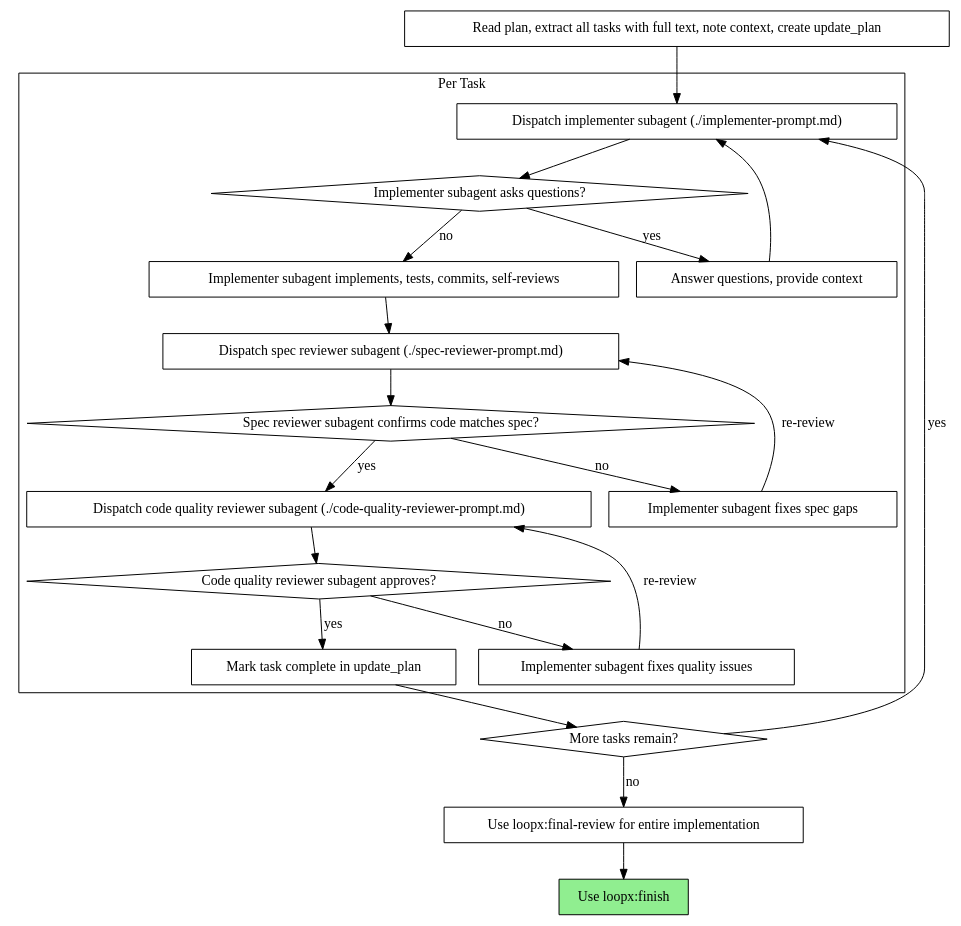
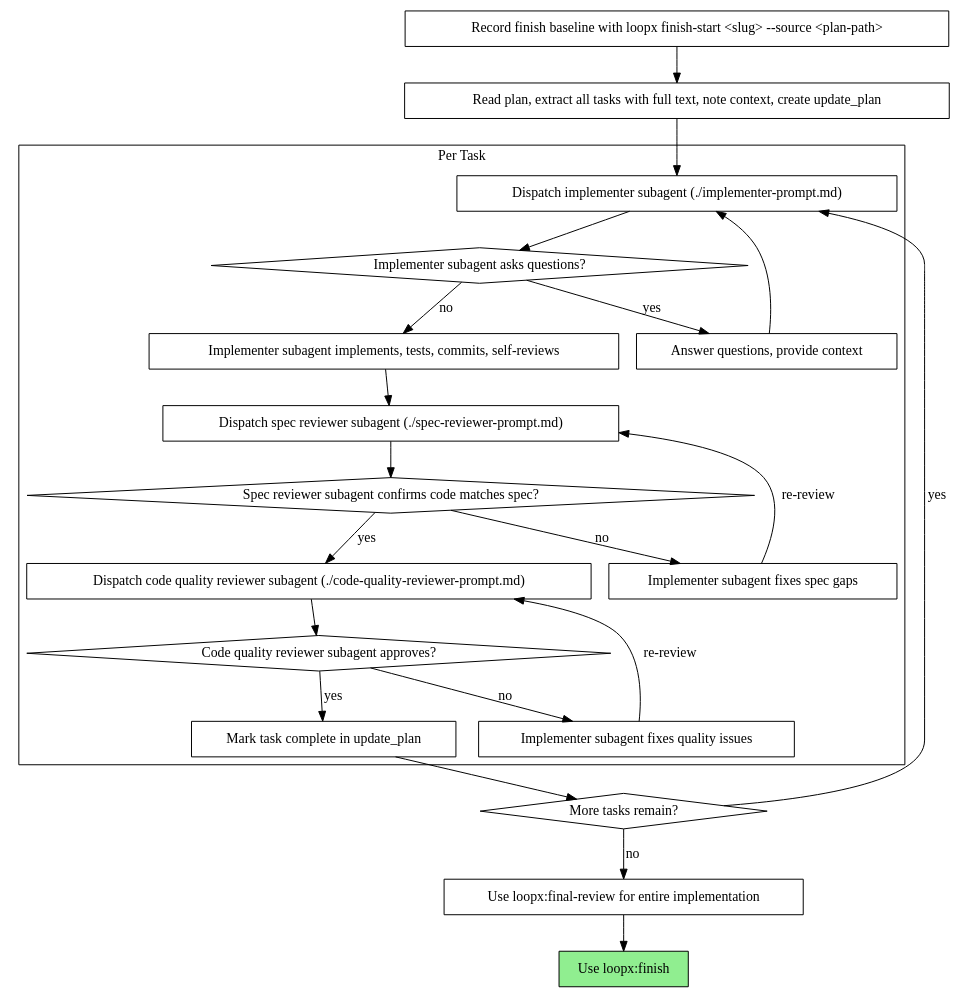
Before and after one commit to hugh-zhan9/loopx: the second of 2 diagrams in skills/subagent-exec/SKILL.md, drawn with Graphviz. The commit also changed other lines of this file and 6 other files, not shown here.

````diff
--- a/skills/subagent-exec/SKILL.md
+++ b/skills/subagent-exec/SKILL.md
@@ -47,44 +47,46 @@
 ```dot
 digraph process {
     rankdir=TB;
 
     subgraph cluster_per_task {
         label="Per Task";
         "Dispatch implementer subagent (./implementer-prompt.md)" [shape=box];
         "Implementer subagent asks questions?" [shape=diamond];
         "Answer questions, provide context" [shape=box];
         "Implementer subagent implements, tests, commits, self-reviews" [shape=box];
         "Dispatch spec reviewer subagent (./spec-reviewer-prompt.md)" [shape=box];
         "Spec reviewer subagent confirms code matches spec?" [shape=diamond];
         "Implementer subagent fixes spec gaps" [shape=box];
         "Dispatch code quality reviewer subagent (./code-quality-reviewer-prompt.md)" [shape=box];
         "Code quality reviewer subagent approves?" [shape=diamond];
         "Implementer subagent fixes quality issues" [shape=box];
         "Mark task complete in update_plan" [shape=box];
     }
 
+    "Record finish baseline with loopx finish-start <slug> --source <plan-path>" [shape=box];
     "Read plan, extract all tasks with full text, note context, create update_plan" [shape=box];
     "More tasks remain?" [shape=diamond];
     "Use loopx:final-review for entire implementation" [shape=box];
     "Use loopx:finish" [shape=box style=filled fillcolor=lightgreen];
 
+    "Record finish baseline with loopx finish-start <slug> --source <plan-path>" -> "Read plan, extract all tasks with full text, note context, create update_plan";
     "Read plan, extract all tasks with full text, note context, create update_plan" -> "Dispatch implementer subagent (./implementer-prompt.md)";
     "Dispatch implementer subagent (./implementer-prompt.md)" -> "Implementer subagent asks questions?";
     "Implementer subagent asks questions?" -> "Answer questions, provide context" [label="yes"];
     "Answer questions, provide context" -> "Dispatch implementer subagent (./implementer-prompt.md)";
     "Implementer subagent asks questions?" -> "Implementer subagent implements, tests, commits, self-reviews" [label="no"];
     "Implementer subagent implements, tests, commits, self-reviews" -> "Dispatch spec reviewer subagent (./spec-reviewer-prompt.md)";
     "Dispatch spec reviewer subagent (./spec-reviewer-prompt.md)" -> "Spec reviewer subagent confirms code matches spec?";
     "Spec reviewer subagent confirms code matches spec?" -> "Implementer subagent fixes spec gaps" [label="no"];
     "Implementer subagent fixes spec gaps" -> "Dispatch spec reviewer subagent (./spec-reviewer-prompt.md)" [label="re-review"];
     "Spec reviewer subagent confirms code matches spec?" -> "Dispatch code quality reviewer subagent (./code-quality-reviewer-prompt.md)" [label="yes"];
     "Dispatch code quality reviewer subagent (./code-quality-reviewer-prompt.md)" -> "Code quality reviewer subagent approves?";
     "Code quality reviewer subagent approves?" -> "Implementer subagent fixes quality issues" [label="no"];
     "Implementer subagent fixes quality issues" -> "Dispatch code quality reviewer subagent (./code-quality-reviewer-prompt.md)" [label="re-review"];
     "Code quality reviewer subagent approves?" -> "Mark task complete in update_plan" [label="yes"];
     "Mark task complete in update_plan" -> "More tasks remain?";
     "More tasks remain?" -> "Dispatch implementer subagent (./implementer-prompt.md)" [label="yes"];
     "More tasks remain?" -> "Use loopx:final-review for entire implementation" [label="no"];
     "Use loopx:final-review for entire implementation" -> "Use loopx:finish";
 }
 ```
````
